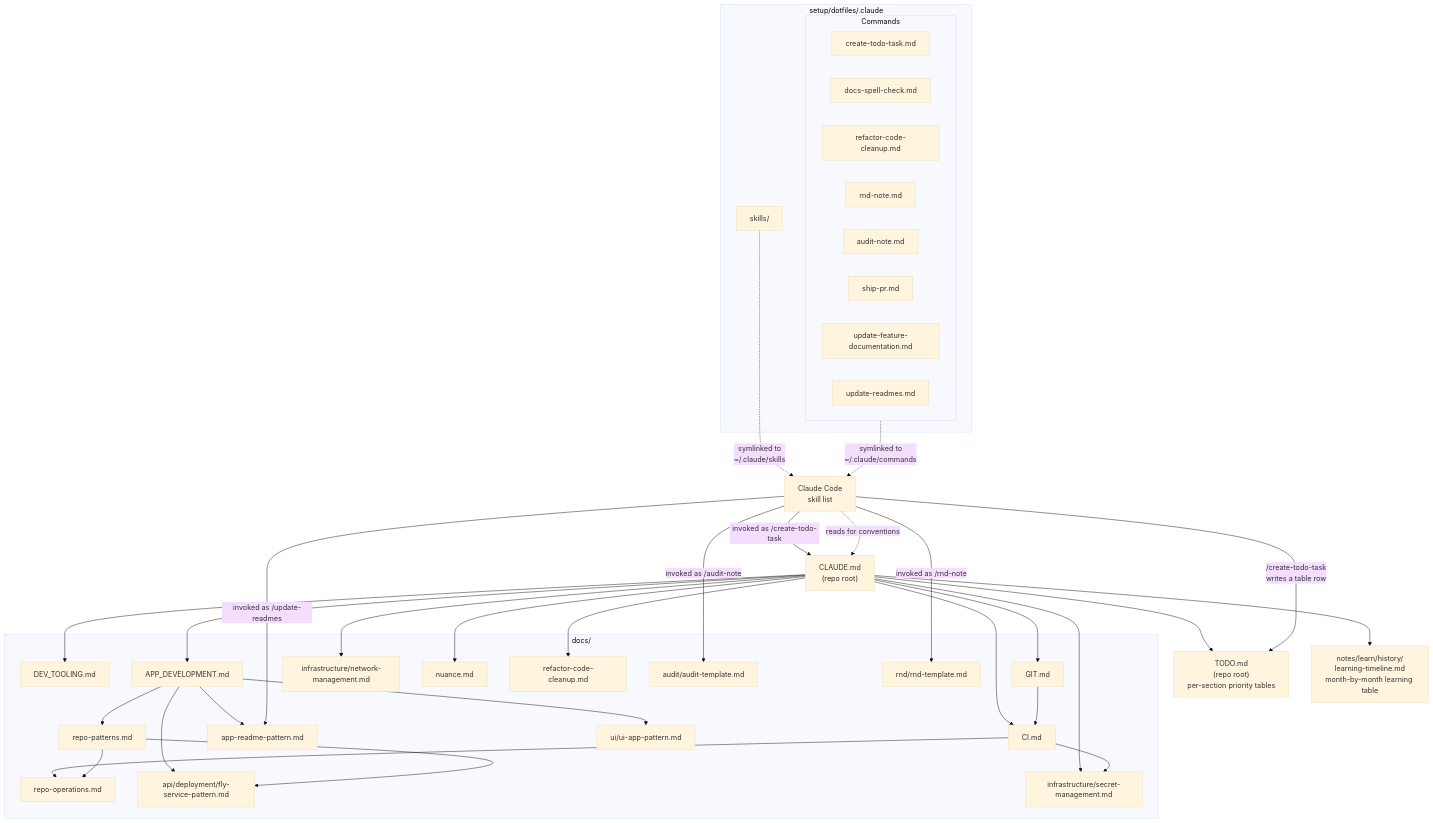
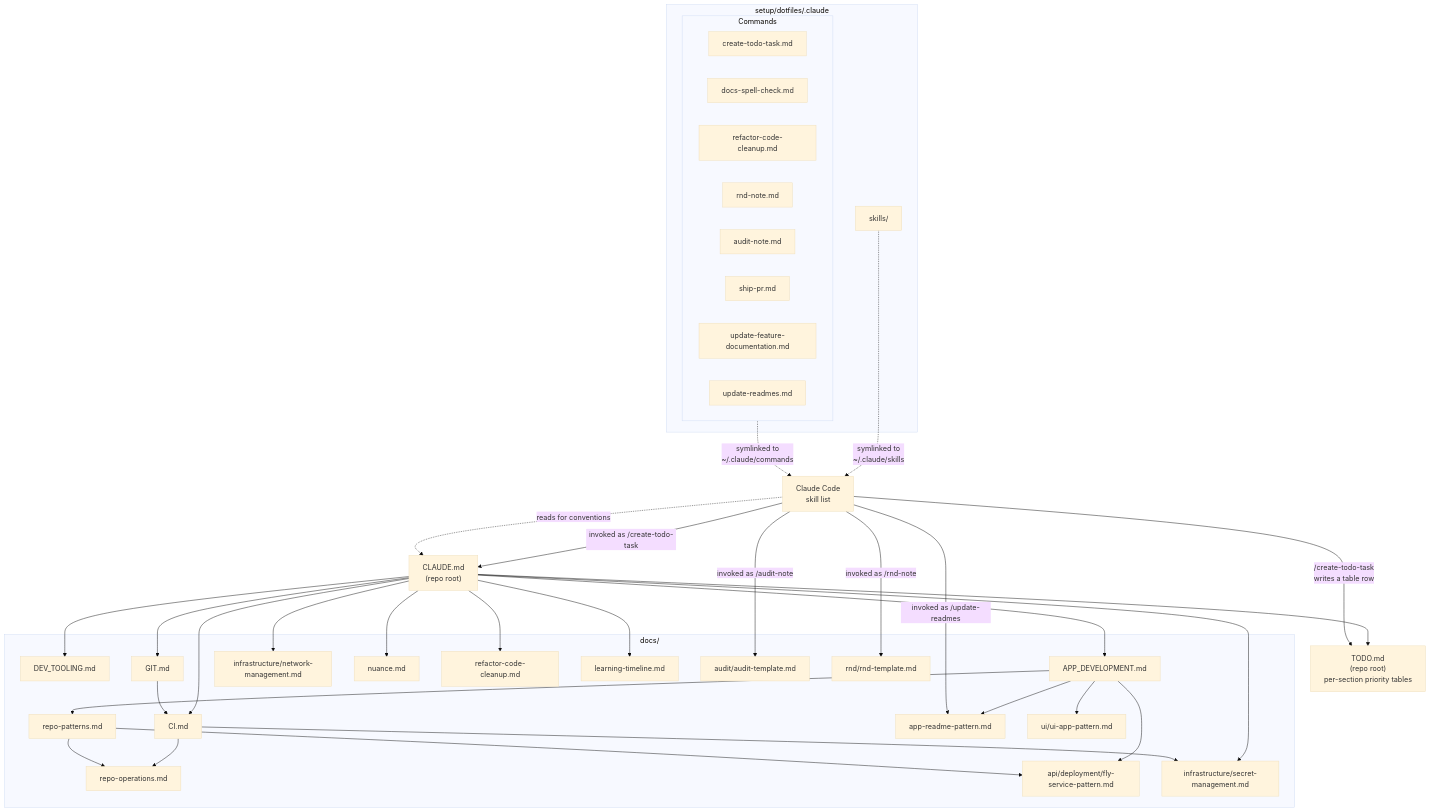
Before and after one commit to iamharryliu/vigilant-broccoli: the diagram in docs/agent-diagram.md, drawn with Mermaid (base theme). The commit also changed other lines of this file and 3 other files, not shown here.

First line of the commit message:
docs: Move the learning timeline into docs/.

````diff
--- a/docs/agent-diagram.md
+++ b/docs/agent-diagram.md
@@ -5,69 +5,69 @@
 ```mermaid
 flowchart TD
     CLAUDE["CLAUDE.md<br/>(repo root)"]
     TODO["TODO.md<br/>(repo root)<br/>per-section priority tables"]
-    TIMELINE["notes/learn/history/<br/>learning-timeline.md<br/>month-by-month learning table"]
 
     subgraph DOCS["docs/"]
         DEV_TOOLING["DEV_TOOLING.md"]
         CI["CI.md"]
         APP_DEV["APP_DEVELOPMENT.md"]
         GIT["GIT.md"]
         NETWORK["infrastructure/network-management.md"]
         NUANCE["nuance.md"]
         REPO_PATTERNS["repo-patterns.md"]
         REPO_OPS["repo-operations.md"]
         APP_README["app-readme-pattern.md"]
         UI_PATTERN["ui/ui-app-pattern.md"]
         FLY_PATTERN["api/deployment/fly-service-pattern.md"]
         SECRETS["infrastructure/secret-management.md"]
         REFACTOR["refactor-code-cleanup.md"]
+        TIMELINE["learning-timeline.md"]
         AUDIT_TPL["audit/audit-template.md"]
         RND_TPL["rnd/rnd-template.md"]
     end
 
     CLAUDE --> DEV_TOOLING
     CLAUDE --> CI
     CLAUDE --> APP_DEV
     CLAUDE --> GIT
     CLAUDE --> NETWORK
     CLAUDE --> SECRETS
     CLAUDE --> NUANCE
     CLAUDE --> REFACTOR
     CLAUDE --> TODO
     CLAUDE --> TIMELINE
 
     CI --> REPO_OPS
     CI --> SECRETS
     GIT --> CI
     APP_DEV --> REPO_PATTERNS
     APP_DEV --> APP_README
     APP_DEV --> UI_PATTERN
     APP_DEV --> FLY_PATTERN
     REPO_PATTERNS --> FLY_PATTERN
     REPO_PATTERNS --> REPO_OPS
 
     subgraph SKILLS["setup/dotfiles/.claude"]
         subgraph COMMANDS["Commands"]
             CMD_TODO["create-todo-task.md"]
             CMD_SPELLCHECK["docs-spell-check.md"]
             CMD_REFACTOR_CLEANUP["refactor-code-cleanup.md"]
             CMD_RND_NOTE["rnd-note.md"]
             CMD_AUDIT_NOTE["audit-note.md"]
             CMD_SHIP_PR["ship-pr.md"]
             CMD_UPDATE_FEATURE_DOCS["update-feature-documentation.md"]
             CMD_UPDATE_READMES["update-readmes.md"]
         end
         SKILLDIR["skills/"]
     end
 
     COMMANDS -.->|symlinked to<br/>~/.claude/commands| CLAUDECODE["Claude Code<br/>skill list"]
     SKILLDIR -.->|symlinked to<br/>~/.claude/skills| CLAUDECODE
 
     CLAUDECODE -->|invoked as /update-readmes| APP_README
     CLAUDECODE -->|invoked as /create-todo-task| CLAUDE
     CLAUDECODE -->|/create-todo-task<br/>writes a table row| TODO
     CLAUDECODE -->|invoked as /audit-note| AUDIT_TPL
     CLAUDECODE -->|invoked as /rnd-note| RND_TPL
     CLAUDECODE -.->|reads for conventions| CLAUDE
 ```
````
